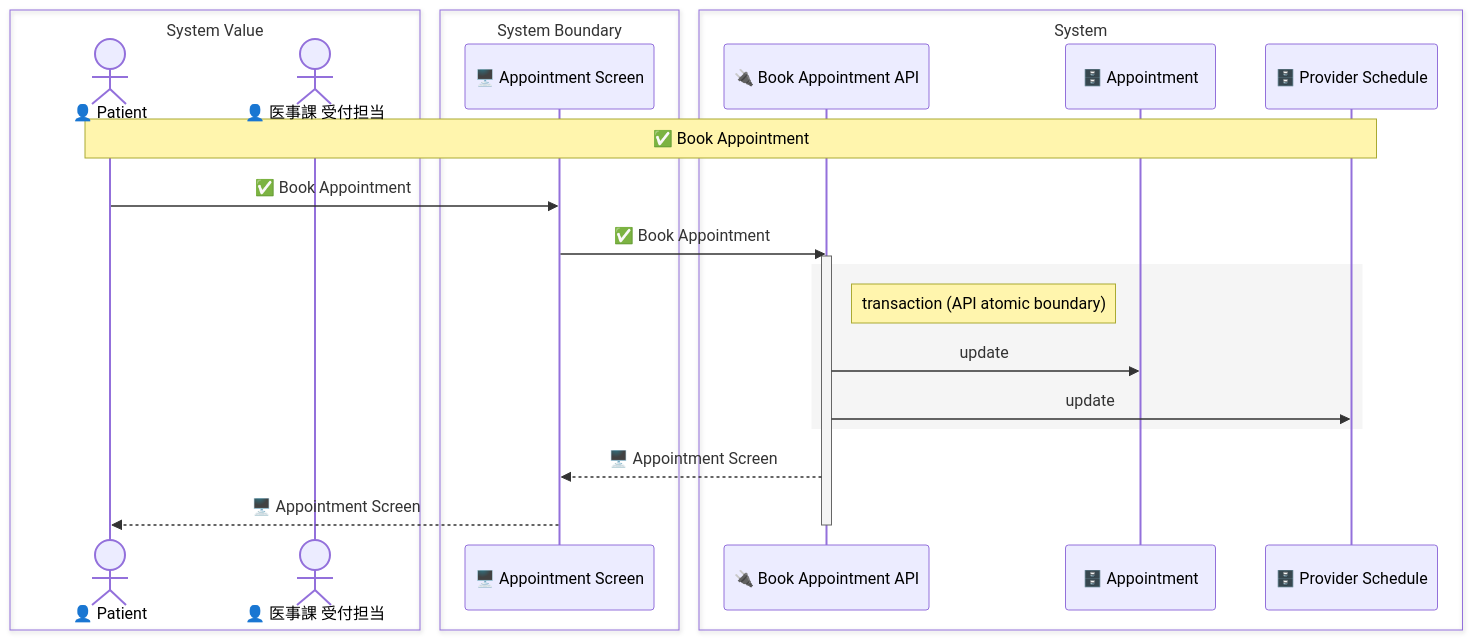
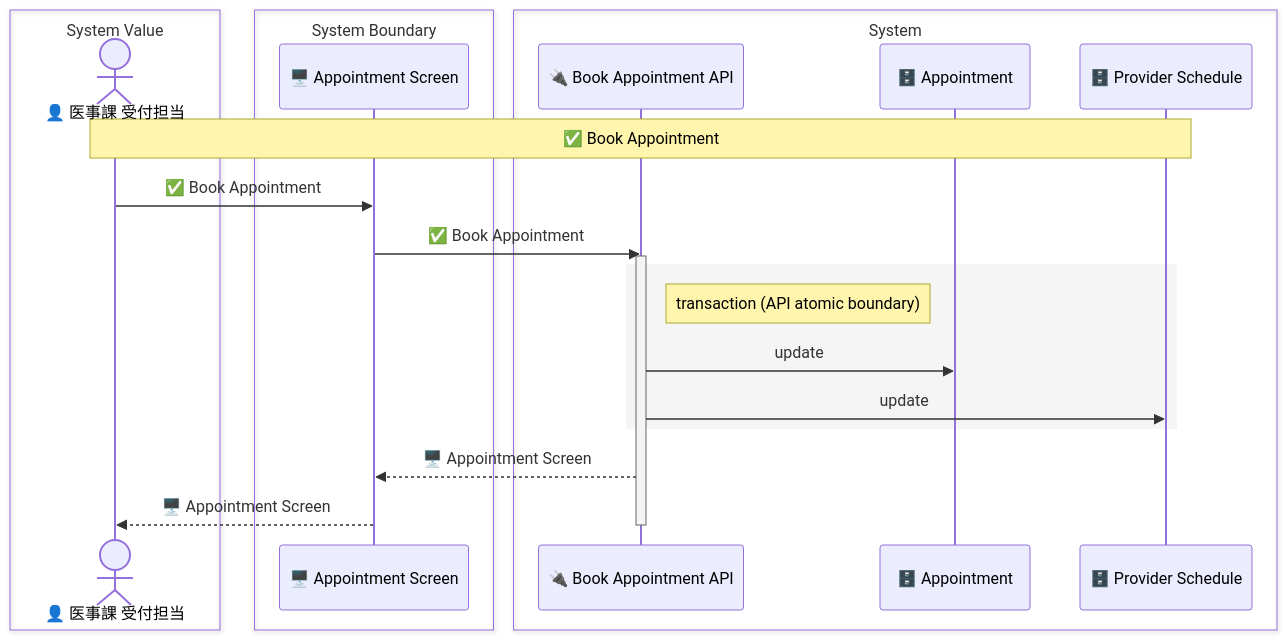
Before and after one commit to manji-0/rdra-ish-dsl: the diagram in samples/clinic-ops/out/uc/sequence_book_appointment.mmd, drawn with Mermaid. The commit also changed 19 other files, not shown here.

```diff
--- a/samples/clinic-ops/out/uc/sequence_book_appointment.mmd
+++ b/samples/clinic-ops/out/uc/sequence_book_appointment.mmd
@@ -1,26 +1,25 @@
 sequenceDiagram
   box System Value
-    actor Patient as 👤 Patient
     actor ReceptionClerk as 👤 医事課 受付担当
   end
   box System Boundary
     participant AppointmentScreen as 🖥️ Appointment Screen
   end
   box System
     participant BookAppointmentApi as 🔌 Book Appointment API
     participant Appointment as 🗄️ Appointment
     participant ProviderSchedule as 🗄️ Provider Schedule
   end
 
-  Note over Patient,ProviderSchedule: ✅ Book Appointment
-  Patient->>AppointmentScreen: ✅ Book Appointment
+  Note over ReceptionClerk,ProviderSchedule: ✅ Book Appointment
+  ReceptionClerk->>AppointmentScreen: ✅ Book Appointment
   AppointmentScreen->>BookAppointmentApi: ✅ Book Appointment
   activate BookAppointmentApi
   rect rgb(245,245,245)
     Note right of BookAppointmentApi: transaction (API atomic boundary)
     BookAppointmentApi->>Appointment: update
     BookAppointmentApi->>ProviderSchedule: update
   end
   BookAppointmentApi-->>AppointmentScreen: 🖥️ Appointment Screen
-  AppointmentScreen-->>Patient: 🖥️ Appointment Screen
+  AppointmentScreen-->>ReceptionClerk: 🖥️ Appointment Screen
   deactivate BookAppointmentApi
```
